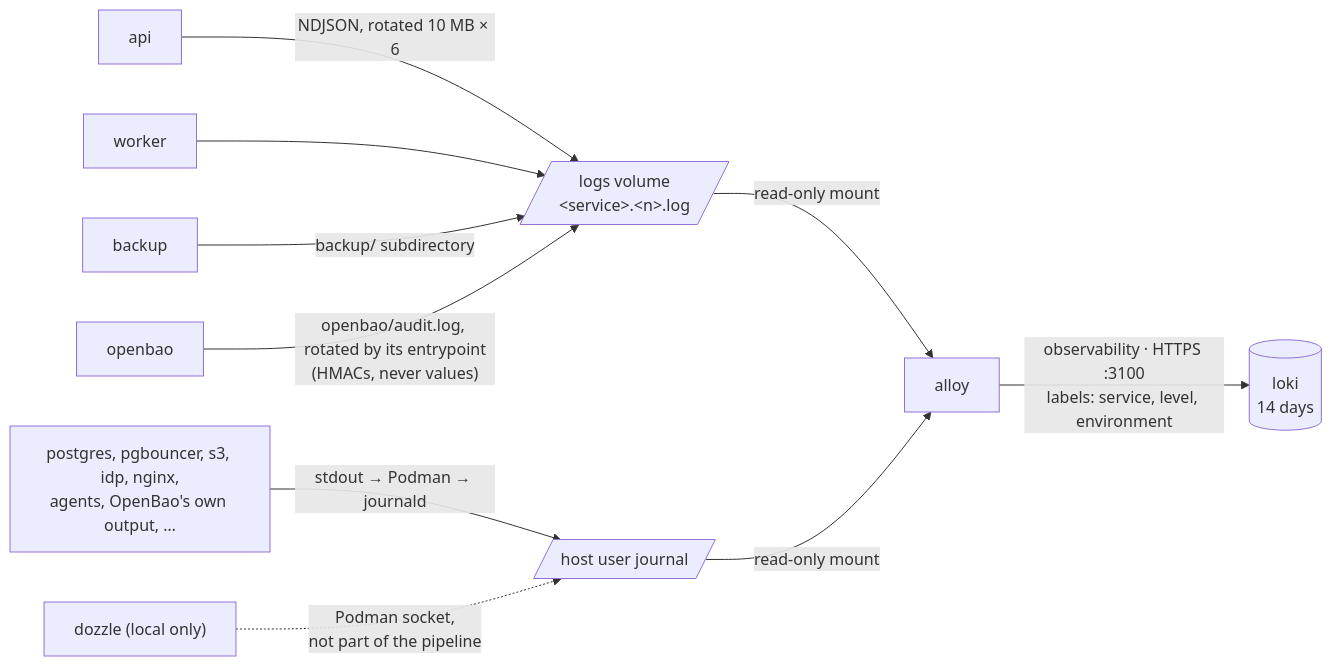
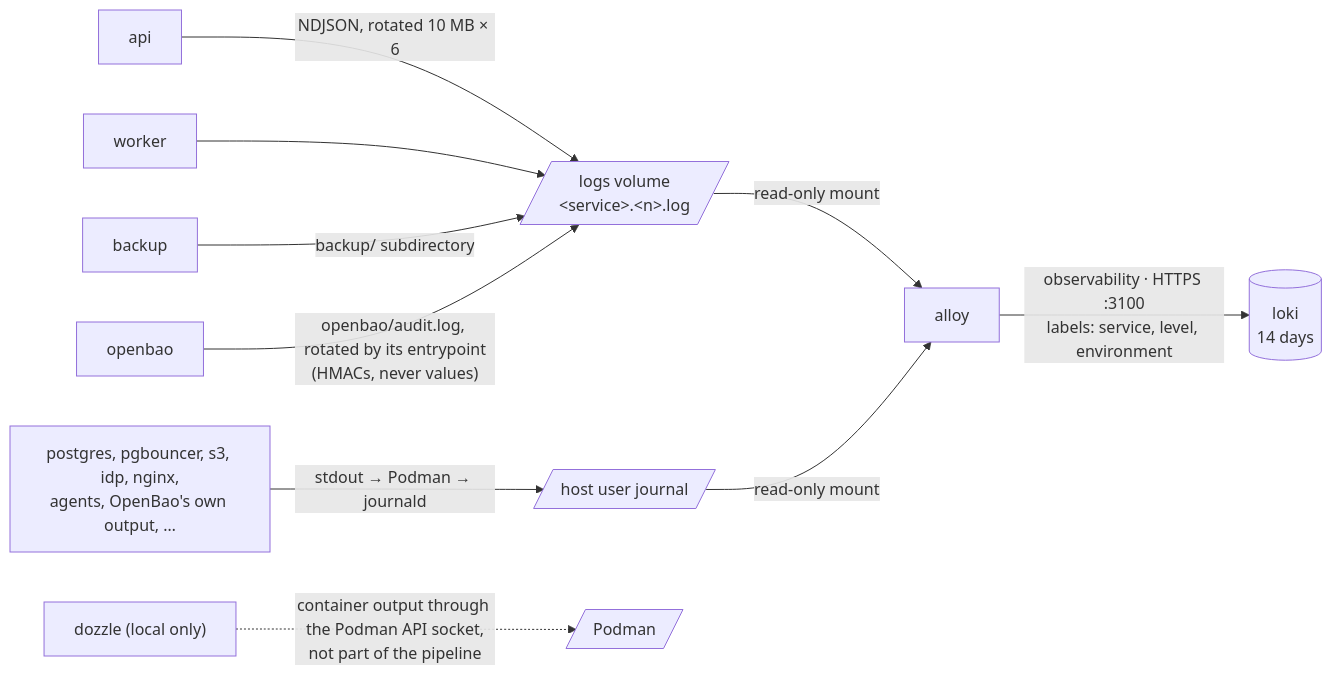
The second of 3 diagrams in docs/adr_v2/diagrams/observability.md (rabalyn/feathers-skeleton-stack), drawn with Mermaid before and after one commit. The commit also changed other lines of this file and 9 other files, not shown here.

First line of the commit message:
docs(diagrams): match the pages to the ADRs and the code

````diff
--- a/docs/adr_v2/diagrams/observability.md
+++ b/docs/adr_v2/diagrams/observability.md
@@ -35,15 +35,15 @@
 ```mermaid
 flowchart LR
   api["api"] -->|"NDJSON, rotated 10 MB × 6"| logs[/"logs volume<br>&lt;service&gt;.&lt;n&gt;.log"/]
   worker["worker"] --> logs
   backup["backup"] -->|"backup/ subdirectory"| logs
   openbao["openbao"] -->|"openbao/audit.log, rotated by its entrypoint<br>(HMACs, never values)"| logs
 
   third["postgres, pgbouncer, s3, idp, nginx,<br>agents, OpenBao's own output, …"] -->|"stdout → Podman → journald"| journal[/"host user journal"/]
 
   logs -->|"read-only mount"| alloy["alloy"]
   journal -->|"read-only mount"| alloy
   alloy -->|"observability · HTTPS :3100<br>labels: service, level, environment"| loki[("loki<br>14 days")]
 
-  dozzle["dozzle (local only)"] -. "Podman socket,<br>not part of the pipeline" .-> journal
+  dozzle["dozzle (local only)"] -. "container output through the Podman API socket,<br>not part of the pipeline" .-> podman[/"Podman"/]
 ```
````
